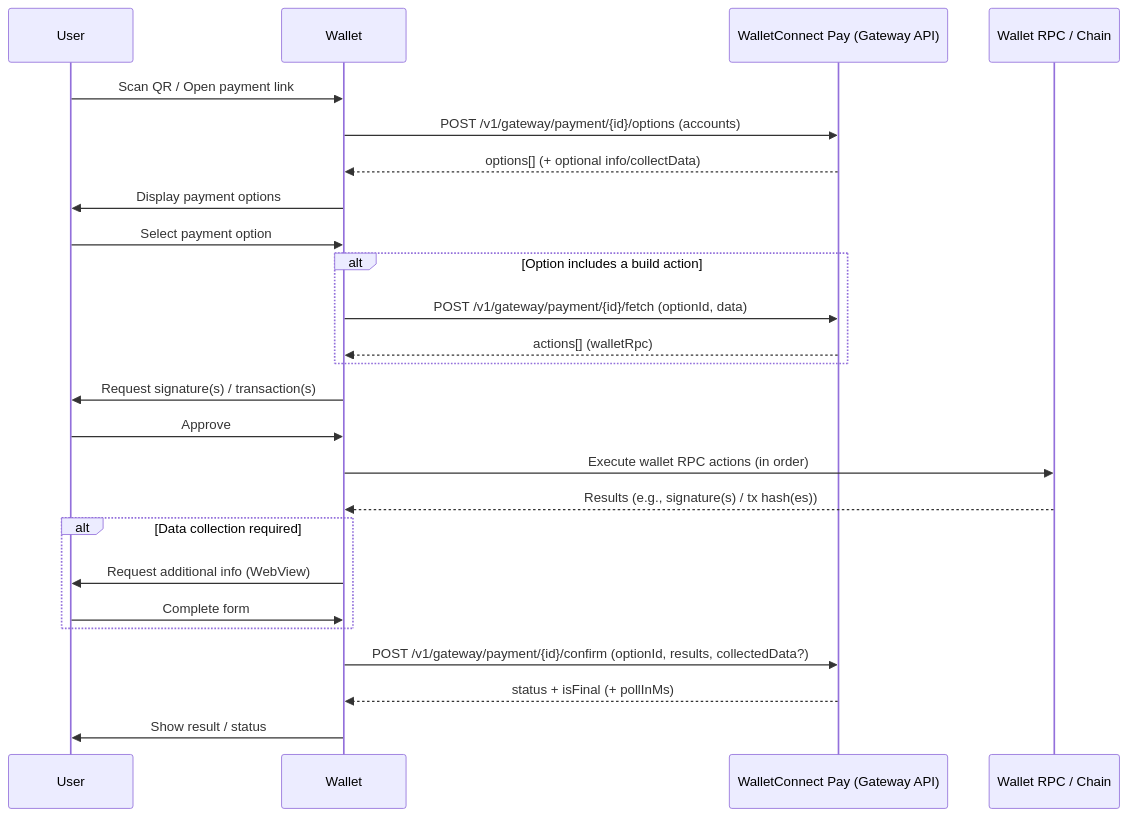
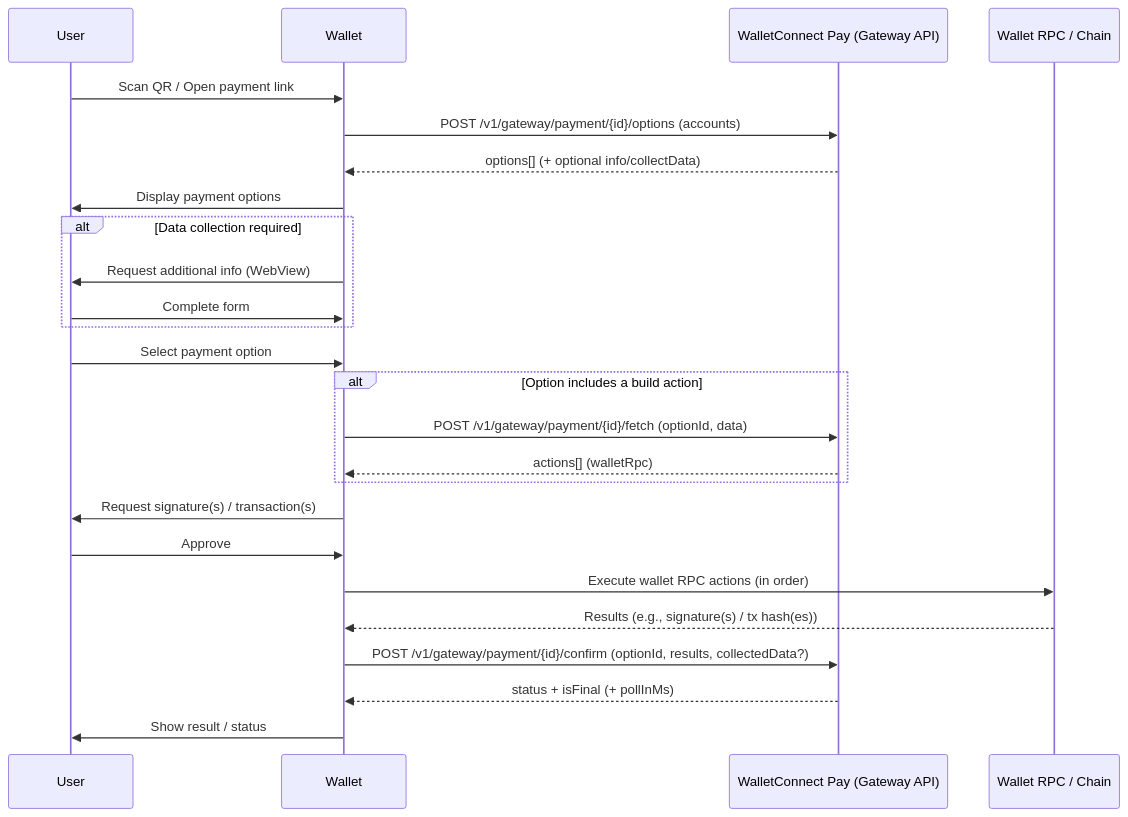
Before and after one commit to WalletConnectFoundation/wc-pay-docs: the diagram in payments/wallets/api-first.mdx, drawn with Mermaid. The commit also changed other lines of this file and 1 other file, not shown here.

First line of the commit message:
Move data collection before payment selection, add tosConfirmed to confirm example

````diff
--- a/payments/wallets/api-first.mdx
+++ b/payments/wallets/api-first.mdx
@@ -32,33 +29,33 @@
 ```mermaid
 sequenceDiagram
     participant User
     participant Wallet
     participant Gateway as WalletConnect Pay (Gateway API)
     participant Chain as Wallet RPC / Chain
 
     User->>Wallet: Scan QR / Open payment link
     Wallet->>Gateway: POST /v1/gateway/payment/{id}/options (accounts)
     Gateway-->>Wallet: options[] (+ optional info/collectData)
     Wallet->>User: Display payment options
+
+    alt Data collection required
+        Wallet->>User: Request additional info (WebView)
+        User->>Wallet: Complete form
+    end
 
     User->>Wallet: Select payment option
 
     alt Option includes a build action
         Wallet->>Gateway: POST /v1/gateway/payment/{id}/fetch (optionId, data)
         Gateway-->>Wallet: actions[] (walletRpc)
     end
 
     Wallet->>User: Request signature(s) / transaction(s)
     User->>Wallet: Approve
     Wallet->>Chain: Execute wallet RPC actions (in order)
     Chain-->>Wallet: Results (e.g., signature(s) / tx hash(es))
 
-    alt Data collection required
-        Wallet->>User: Request additional info (WebView)
-        User->>Wallet: Complete form
-    end
-
     Wallet->>Gateway: POST /v1/gateway/payment/{id}/confirm (optionId, results, collectedData?)
     Gateway-->>Wallet: status + isFinal (+ pollInMs)
     Wallet->>User: Show result / status
 ```
````
